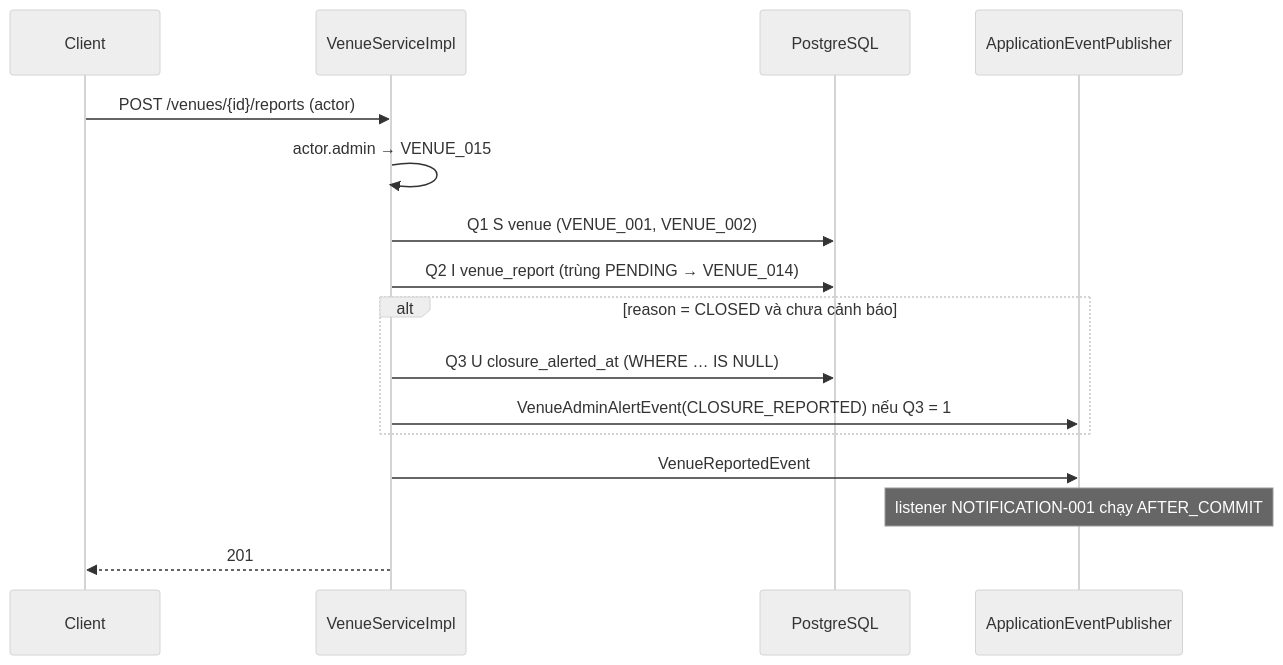
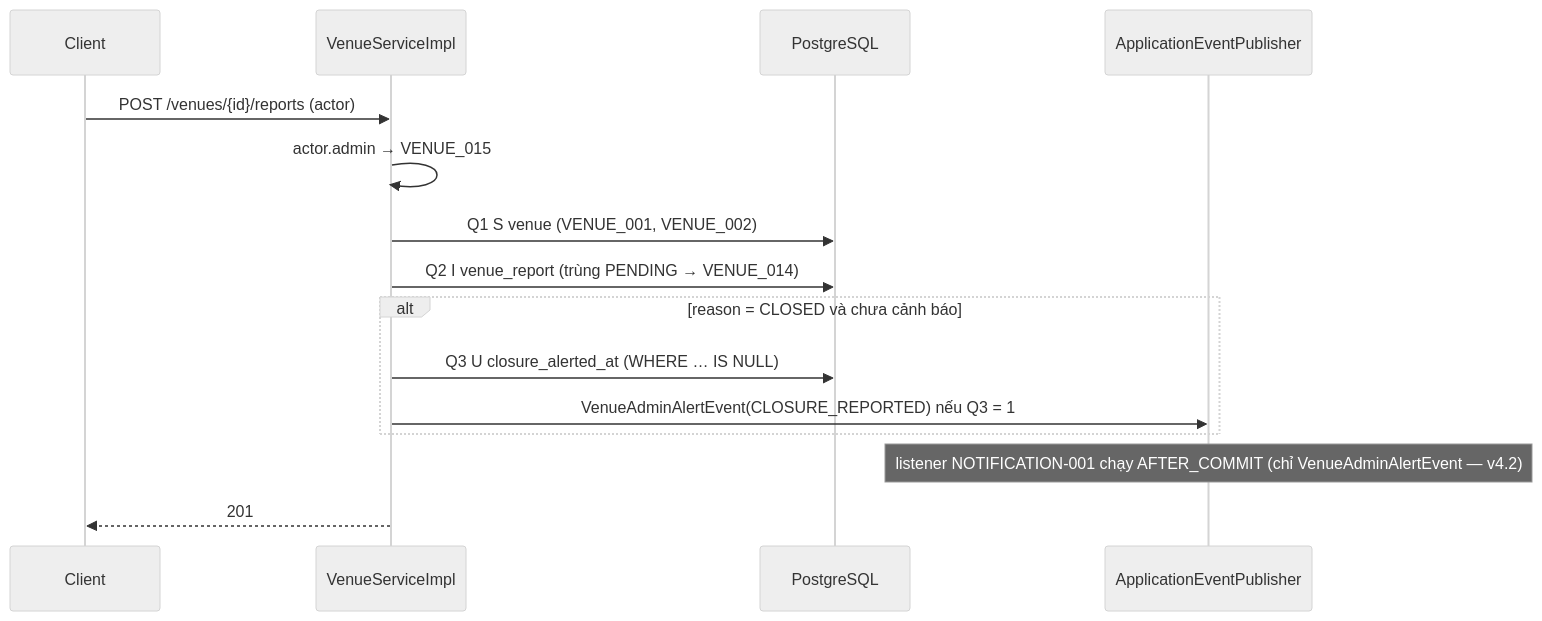
The second of 3 diagrams in docs/agent/design/VENUE-001/Processing_Flow.md (phananh2005/ArenaFlow-be), drawn with Mermaid (neutral theme) before and after one commit. The commit also changed other lines of this file and 41 other files, not shown here.

````diff
--- a/docs/agent/design/VENUE-001/Processing_Flow.md
+++ b/docs/agent/design/VENUE-001/Processing_Flow.md
@@ -67,18 +67,17 @@
 ```mermaid
 sequenceDiagram
     participant C as Client
     participant VS as VenueServiceImpl
     participant DB as PostgreSQL
     participant EP as ApplicationEventPublisher
     C->>VS: POST /venues/{id}/reports (actor)
     VS->>VS: actor.admin → VENUE_015
     VS->>DB: Q1 S venue (VENUE_001, VENUE_002)
     VS->>DB: Q2 I venue_report (trùng PENDING → VENUE_014)
     alt reason = CLOSED và chưa cảnh báo
         VS->>DB: Q3 U closure_alerted_at (WHERE … IS NULL)
         VS->>EP: VenueAdminAlertEvent(CLOSURE_REPORTED) nếu Q3 = 1
     end
-    VS->>EP: VenueReportedEvent
-    Note over EP: listener NOTIFICATION-001 chạy AFTER_COMMIT
+    Note over EP: listener NOTIFICATION-001 chạy AFTER_COMMIT (chỉ VenueAdminAlertEvent — v4.2)
     VS-->>C: 201
 ```
````
